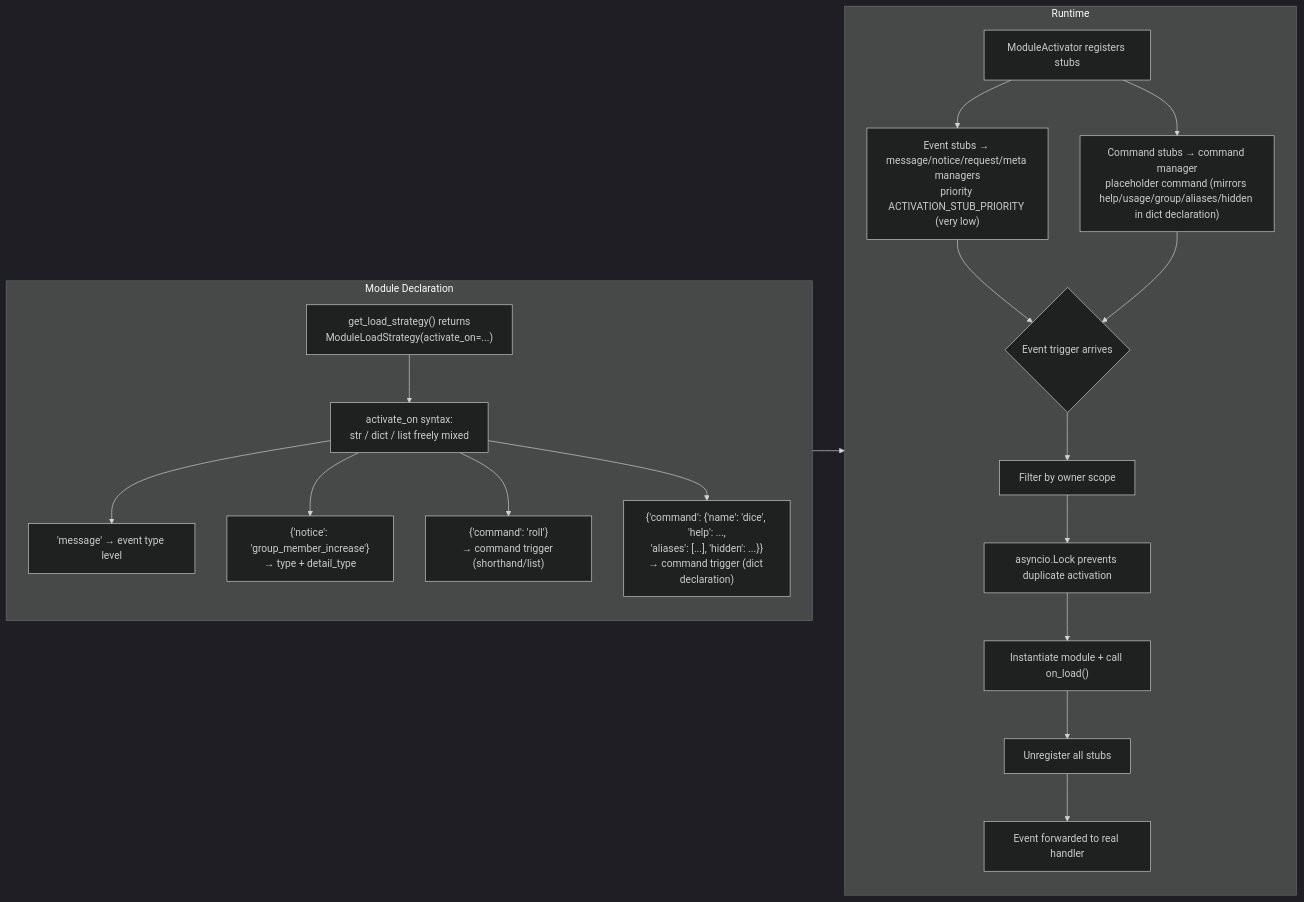
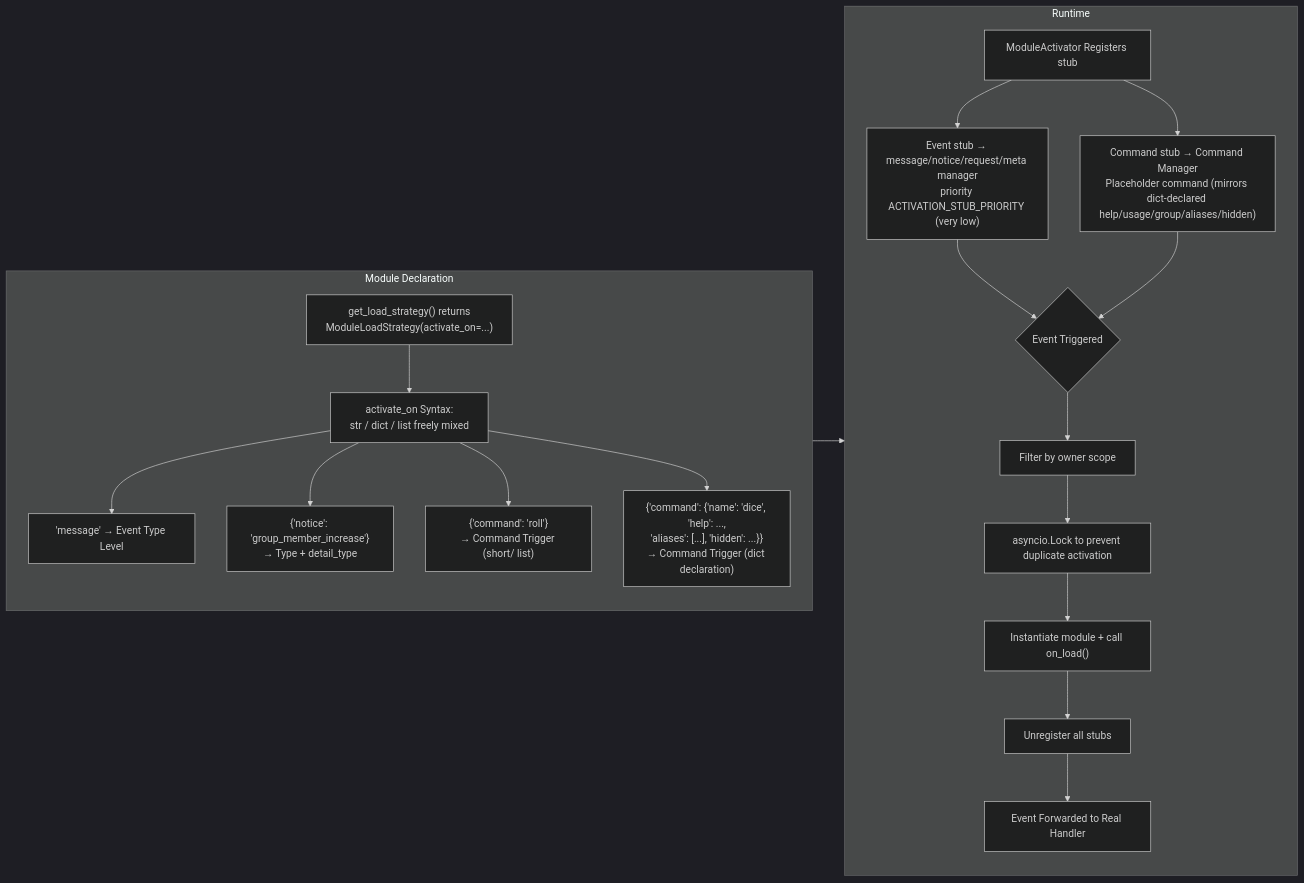
The seventh of 9 diagrams in docs/en/architecture.md (ErisPulse/ErisPulse), drawn with Mermaid (dark theme) before and after one commit. The commit also changed other lines of this file and 79 other files, not shown here.

````diff
--- a/docs/en/architecture.md
+++ b/docs/en/architecture.md
@@ -222,24 +222,24 @@
 ```mermaid
 flowchart LR
     subgraph Declare["Module Declaration"]
-        S1["get_load_strategy() returns<br/>ModuleLoadStrategy(activate_on=...)"] --> S2["activate_on syntax: <br/>str / dict / list freely mixed"]
-        S2 --> S2a["'message' → event type level"]
-        S2 --> S2b["{'notice': 'group_member_increase'}<br/>→ type + detail_type"]
-        S2 --> S2c["{'command': 'roll'}<br/>→ command trigger (shorthand/list)"]
-        S2 --> S2d["{'command': {'name': 'dice', 'help': ...,<br/>'aliases': [...], 'hidden': ...}}<br/>→ command trigger (dict declaration)"]
+        S1["get_load_strategy() returns<br/>ModuleLoadStrategy(activate_on=...)"] --> S2["activate_on Syntax:<br/>str / dict / list freely mixed"]
+        S2 --> S2a["'message' → Event Type Level"]
+        S2 --> S2b["{'notice': 'group_member_increase'}<br/>→ Type + detail_type"]
+        S2 --> S2c["{'command': 'roll'}<br/>→ Command Trigger (short/ list)"]
+        S2 --> S2d["{'command': {'name': 'dice', 'help': ...,<br/>'aliases': [...], 'hidden': ...}}<br/>→ Command Trigger (dict declaration)"]
     end
 
     subgraph Runtime["Runtime"]
-        R1["ModuleActivator registers stubs"] --> R1a["Event stubs → message/notice/request/meta managers<br/>priority ACTIVATION_STUB_PRIORITY (very low)"]
-        R1 --> R1b["Command stubs → command manager<br/>placeholder command (mirrors help/usage/group/aliases/hidden in dict declaration)"]
-        R1a --> R2{"Event trigger arrives"}
+        R1["ModuleActivator Registers stub"] --> R1a["Event stub → message/notice/request/meta manager<br/>priority ACTIVATION_STUB_PRIORITY (very low)"]
+        R1 --> R1b["Command stub → Command Manager<br/>Placeholder command (mirrors dict-declared help/usage/group/aliases/hidden)"]
+        R1a --> R2{"Event Triggered"}
         R1b --> R2
         R2 --> R3["Filter by owner scope"]
-        R3 --> R4["asyncio.Lock prevents duplicate activation"]
+        R3 --> R4["asyncio.Lock to prevent duplicate activation"]
         R4 --> R5["Instantiate module + call on_load()"]
         R5 --> R6["Unregister all stubs"]
-        R6 --> R7["Event forwarded to real handler"]
+        R6 --> R7["Event Forwarded to Real Handler"]
     end
 
     Declare --> Runtime
 ```
````
